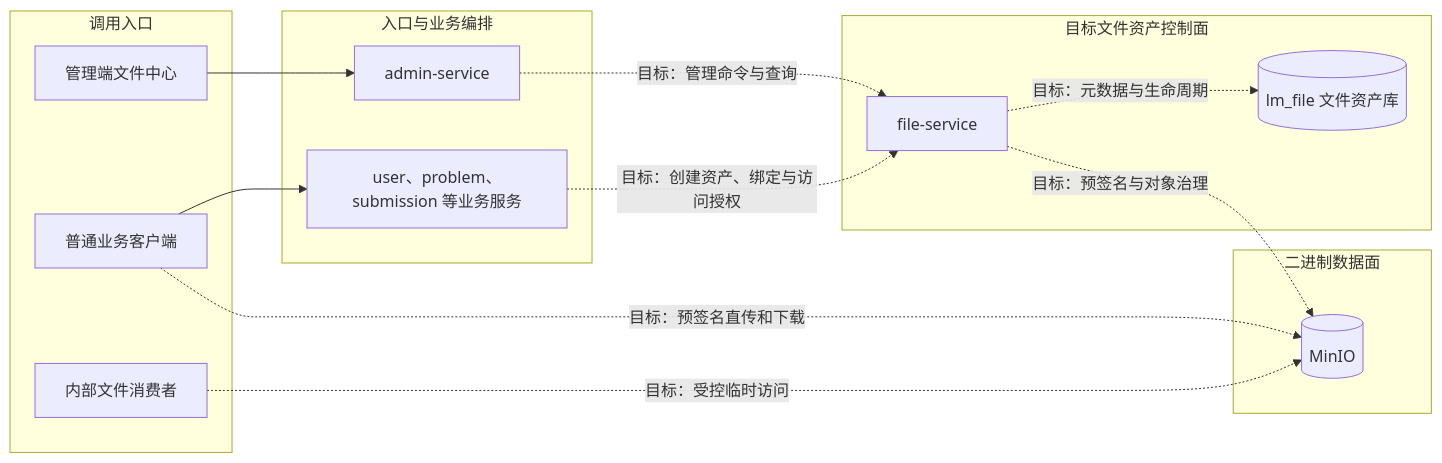
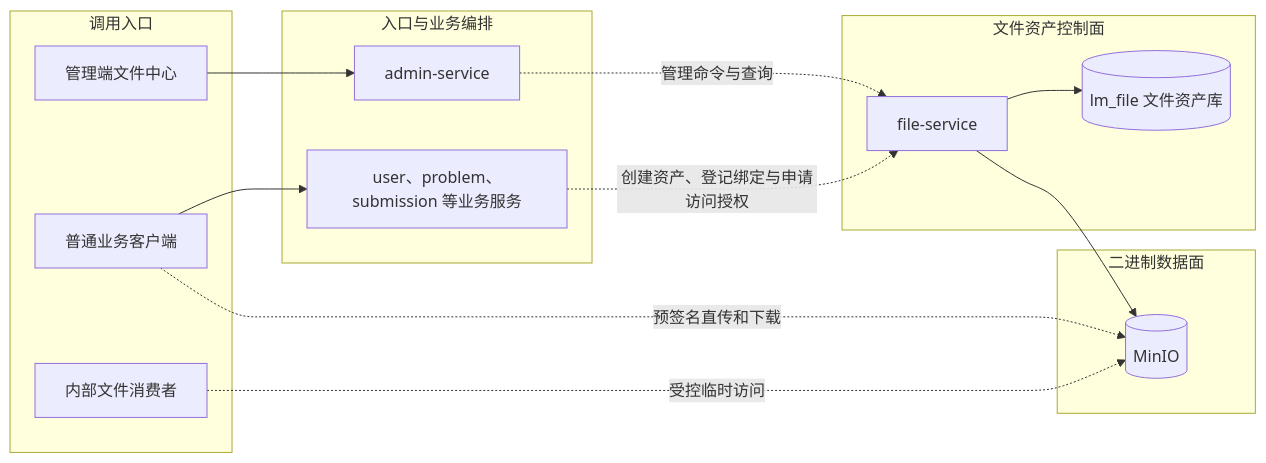
Before and after one commit to Dorian7Alden/LeetModel: the first of 3 diagrams in docs/project/02-架构设计/文件资产管理架构.md, drawn with Mermaid. The commit also changed other lines of this file and 8 other files, not shown here.

````diff
--- a/docs/project/02-架构设计/文件资产管理架构.md
+++ b/docs/project/02-架构设计/文件资产管理架构.md
@@ -20,31 +20,31 @@
 ```mermaid
 flowchart LR
     subgraph entry["调用入口"]
         adminWeb["管理端文件中心"]
         businessWeb["普通业务客户端"]
         internalConsumer["内部文件消费者"]
     end
 
     subgraph orchestration["入口与业务编排"]
         adminService["admin-service"]
         domainServices["user、problem、submission 等业务服务"]
     end
 
-    subgraph fileControl["目标文件资产控制面"]
+    subgraph fileControl["文件资产控制面"]
         fileService["file-service"]
         assetDb[("lm_file 文件资产库")]
     end
 
     subgraph dataPlane["二进制数据面"]
         minio[("MinIO")]
     end
 
     adminWeb --> adminService
     businessWeb --> domainServices
-    adminService -. "目标：管理命令与查询" .-> fileService
-    domainServices -. "目标：创建资产、绑定与访问授权" .-> fileService
-    fileService -. "目标：元数据与生命周期" .-> assetDb
-    fileService -. "目标：预签名与对象治理" .-> minio
-    businessWeb -. "目标：预签名直传和下载" .-> minio
-    internalConsumer -. "目标：受控临时访问" .-> minio
+    adminService -. "管理命令与查询" .-> fileService
+    domainServices -. "创建资产、登记绑定与申请访问授权" .-> fileService
+    fileService --> assetDb
+    fileService --> minio
+    businessWeb -. "预签名直传和下载" .-> minio
+    internalConsumer -. "受控临时访问" .-> minio
 ```
````
